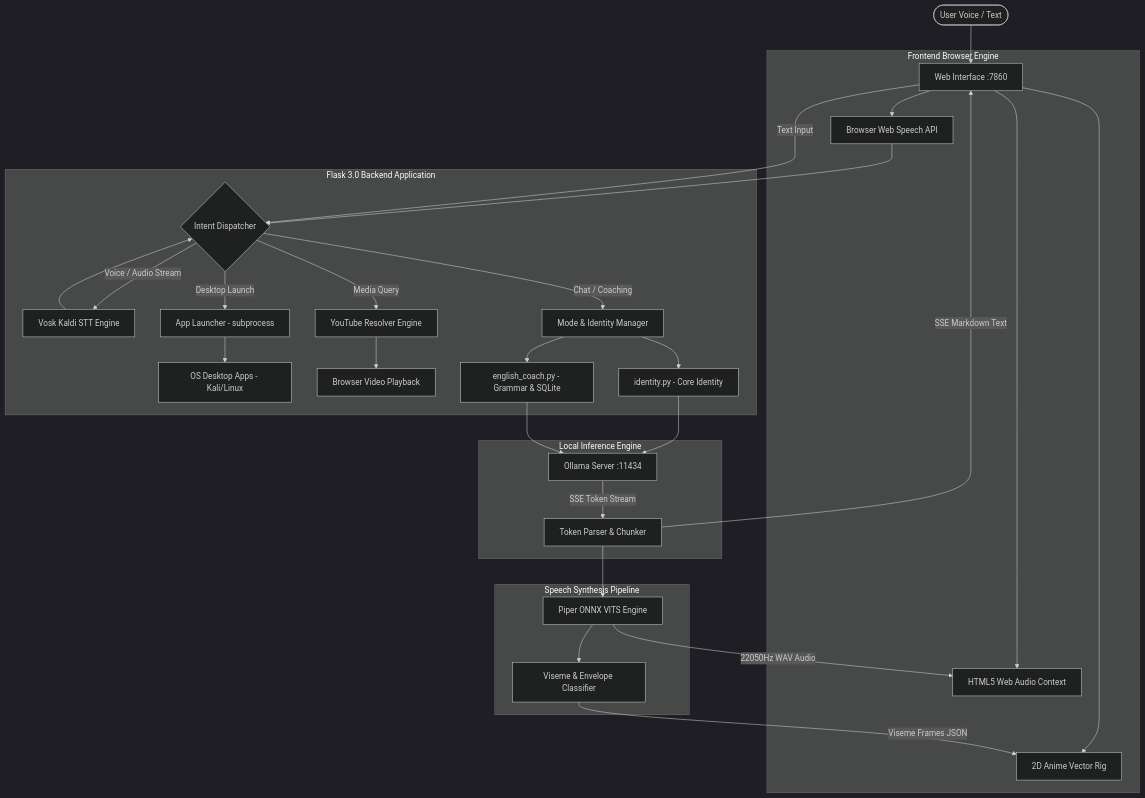
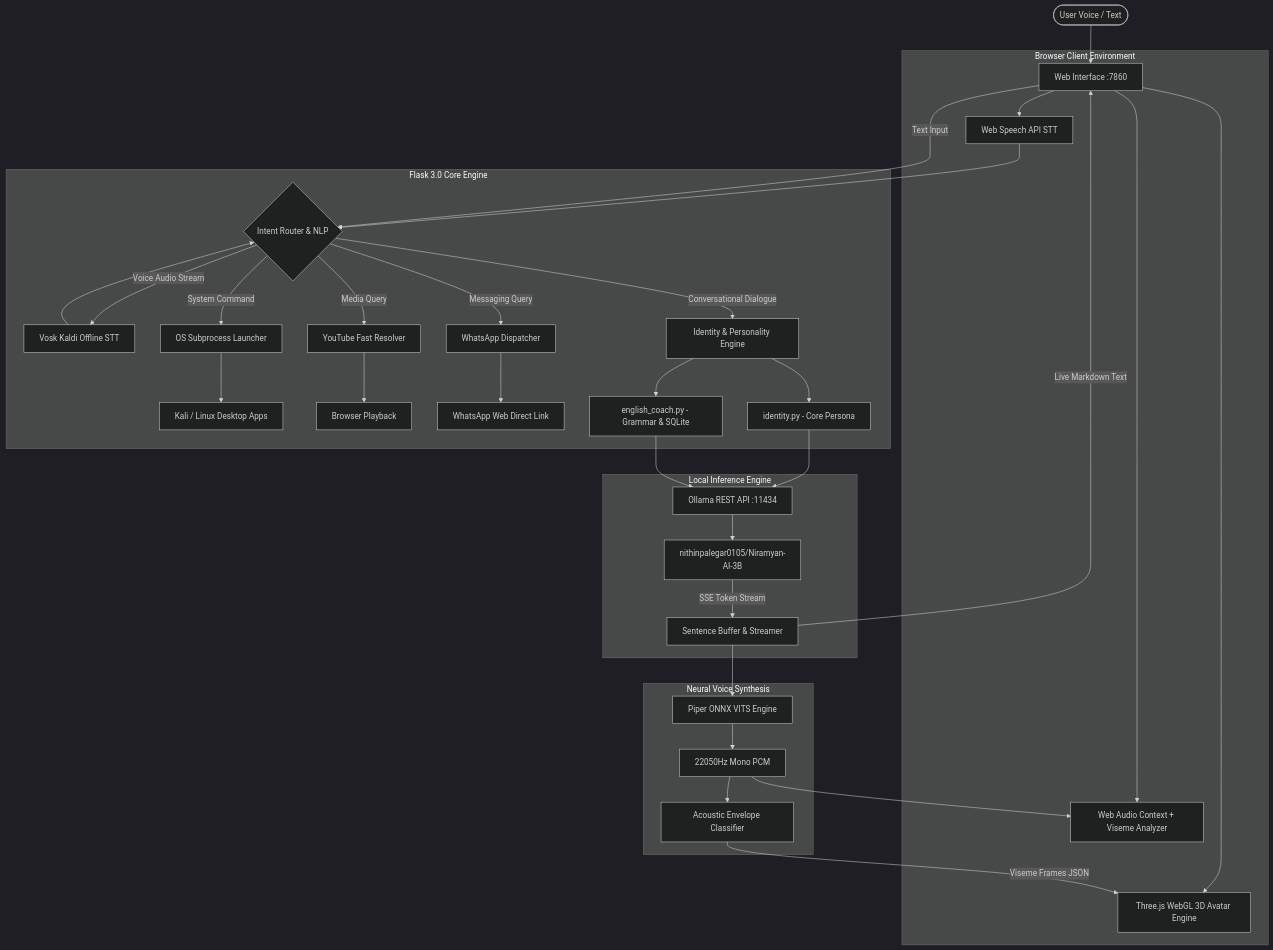
Before and after one commit to nithin644/Niramyan-AI: the diagram in README.md, drawn with Mermaid (dark theme). The commit also changed other lines of this file and 32 other files, not shown here.

````diff
--- a/README.md
+++ b/README.md
@@ -146,43 +128,47 @@
 ```mermaid
 flowchart TD
-    User([User Voice / Text]) --> Frontend[Web Interface :7860]
-    
-    subgraph Client [Frontend Browser Engine]
-        Frontend --> STT_Web[Browser Web Speech API]
-        Frontend --> Avatar[2D Anime Vector Rig]
-        Frontend --> AudioPlayer[HTML5 Web Audio Context]
+    User([User Voice / Text]) --> UI[Web Interface :7860]
+
+    subgraph Client [Browser Client Environment]
+        UI --> STT_Web[Web Speech API STT]
+        UI --> Canvas3D[Three.js WebGL 3D Avatar Engine]
+        UI --> AudioPlayer[Web Audio Context + Viseme Analyzer]
     end
 
-    subgraph Backend [Flask 3.0 Backend Application]
-        STT_Web --> Dispatcher{Intent Dispatcher}
-        Frontend -- Text Input --> Dispatcher
+    subgraph Backend [Flask 3.0 Core Engine]
+        STT_Web --> Dispatcher{Intent Router & NLP}
+        UI -- Text Input --> Dispatcher
         
-        Dispatcher -->|Voice / Audio Stream| STT_Vosk[Vosk Kaldi STT Engine]
+        Dispatcher -->|Voice Audio Stream| STT_Vosk[Vosk Kaldi Offline STT]
         STT_Vosk --> Dispatcher
         
-        Dispatcher -->|Desktop Launch| Launcher[App Launcher - subprocess]
-        Dispatcher -->|Media Query| YT[YouTube Resolver Engine]
-        Dispatcher -->|Chat / Coaching| ModeMgr[Mode & Identity Manager]
+        Dispatcher -->|System Command| Launcher[OS Subprocess Launcher]
+        Dispatcher -->|Media Query| YT[YouTube Fast Resolver]
+        Dispatcher -->|Messaging Query| WA[WhatsApp Dispatcher]
+        Dispatcher -->|Conversational Dialogue| ModeMgr[Identity & Personality Engine]
         
-        Launcher --> Desktop[OS Desktop Apps - Kali/Linux]
-        YT --> BrowserAuto[Browser Video Playback]
+        Launcher --> KaliApps[Kali / Linux Desktop Apps]
+        YT --> WebPlayback[Browser Playback]
+        WA --> WhatsAppWeb[WhatsApp Web Direct Link]
         
-        ModeMgr --> CoreIdentity[identity.py - Core Identity]
-        ModeMgr --> CoachEngine[english_coach.py - Grammar & SQLite]
+        ModeMgr --> Identity[identity.py - Core Persona]
+        ModeMgr --> Coach[english_coach.py - Grammar & SQLite]
     end
 
     subgraph LLM [Local Inference Engine]
-        CoreIdentity --> Ollama[Ollama Server :11434]
-        CoachEngine --> Ollama
-        Ollama -->|SSE Token Stream| TokenStream[Token Parser & Chunker]
+        Identity --> OllamaAPI[Ollama REST API :11434]
+        Coach --> OllamaAPI
+        OllamaAPI --> Model[nithinpalegar0105/Niramyan-AI-3B]
+        Model -->|SSE Token Stream| Chunker[Sentence Buffer & Streamer]
     end
 
-    subgraph Voice [Speech Synthesis Pipeline]
-        TokenStream --> TTS_Piper[Piper ONNX VITS Engine]
-        TTS_Piper --> VisemeEngine[Viseme & Envelope Classifier]
+    subgraph AudioEngine [Neural Voice Synthesis]
+        Chunker --> Piper[Piper ONNX VITS Engine]
+        Piper --> WAV[22050Hz Mono PCM]
+        WAV --> VisemeFilter[Acoustic Envelope Classifier]
     end
 
-    VisemeEngine -->|Viseme Frames JSON| Avatar
-    TTS_Piper -->|22050Hz WAV Audio| AudioPlayer
-    TokenStream -->|SSE Markdown Text| Frontend
+    VisemeFilter -->|Viseme Frames JSON| Canvas3D
+    WAV --> AudioPlayer
+    Chunker -->|Live Markdown Text| UI
 ```
````
